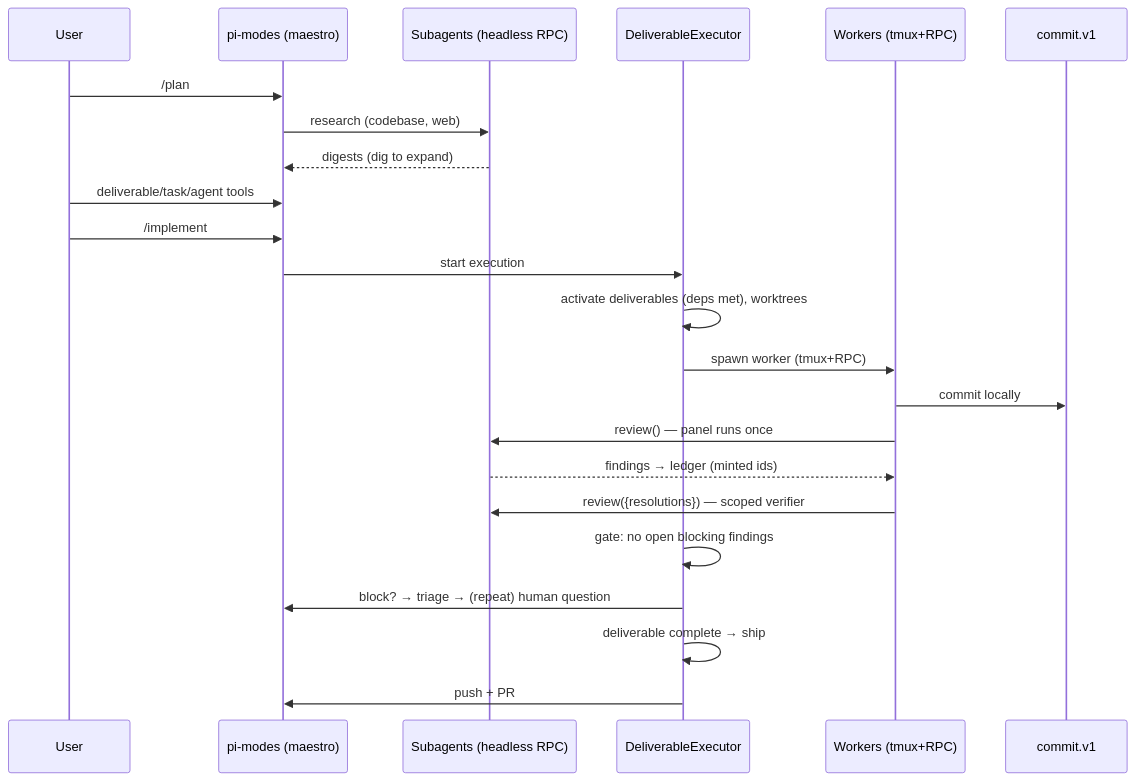
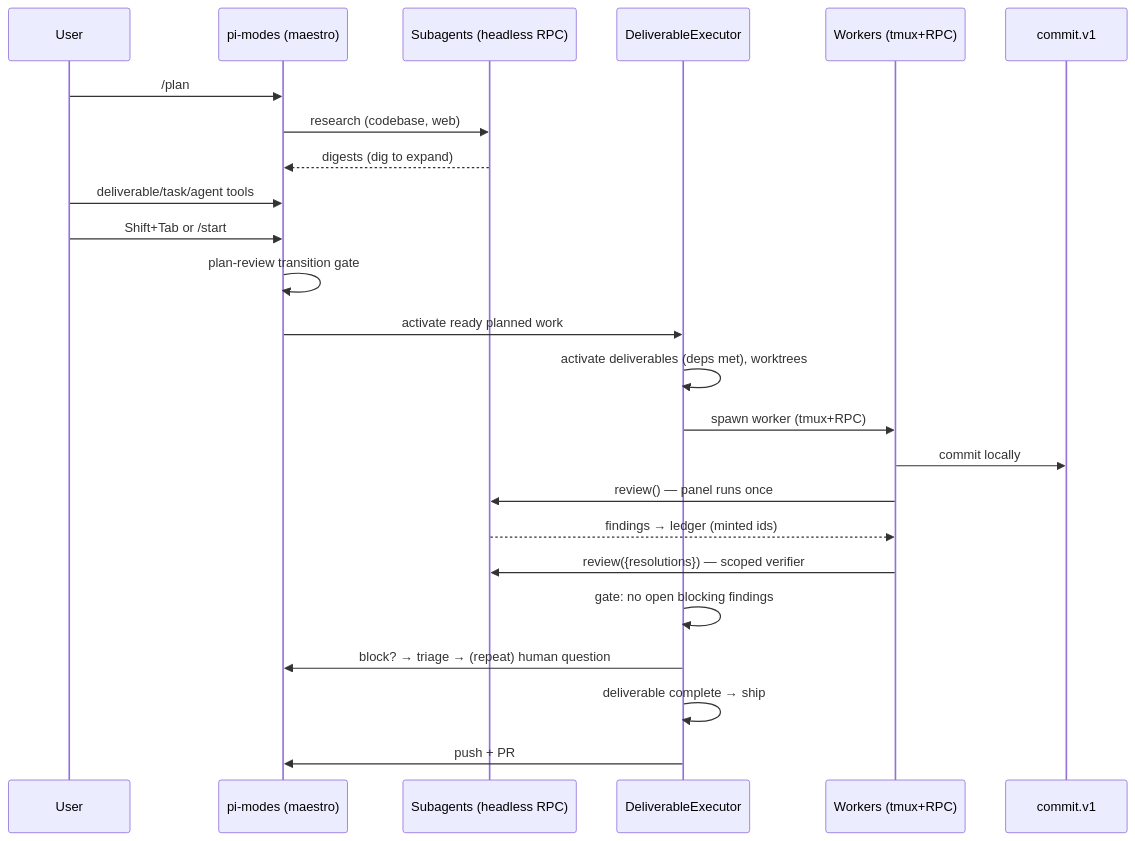
The second of 2 diagrams in docs/architecture.md (vegardx/pi-maestro), drawn with Mermaid before and after one commit. The commit also changed 26 other files, not shown here.

````diff
--- a/docs/architecture.md
+++ b/docs/architecture.md
@@ -114,26 +114,27 @@
 ```mermaid
 sequenceDiagram
 	participant User
 	participant Maestro as pi-modes (maestro)
 	participant Sub as Subagents (headless RPC)
 	participant Executor as DeliverableExecutor
 	participant Worker as Workers (tmux+RPC)
 	participant Commit as commit.v1
 
 	User->>Maestro: /plan
 	Maestro->>Sub: research (codebase, web)
 	Sub-->>Maestro: digests (dig to expand)
 	User->>Maestro: deliverable/task/agent tools
-	User->>Maestro: /implement
-	Maestro->>Executor: start execution
+	User->>Maestro: Shift+Tab or /start
+	Maestro->>Maestro: plan-review transition gate
+	Maestro->>Executor: activate ready planned work
 	Executor->>Executor: activate deliverables (deps met), worktrees
 	Executor->>Worker: spawn worker (tmux+RPC)
 	Worker->>Commit: commit locally
 	Worker->>Sub: review() — panel runs once
 	Sub-->>Worker: findings → ledger (minted ids)
 	Worker->>Sub: review({resolutions}) — scoped verifier
 	Executor->>Executor: gate: no open blocking findings
 	Executor->>Maestro: block? → triage → (repeat) human question
 	Executor->>Executor: deliverable complete → ship
 	Executor->>Maestro: push + PR
 ```
````
